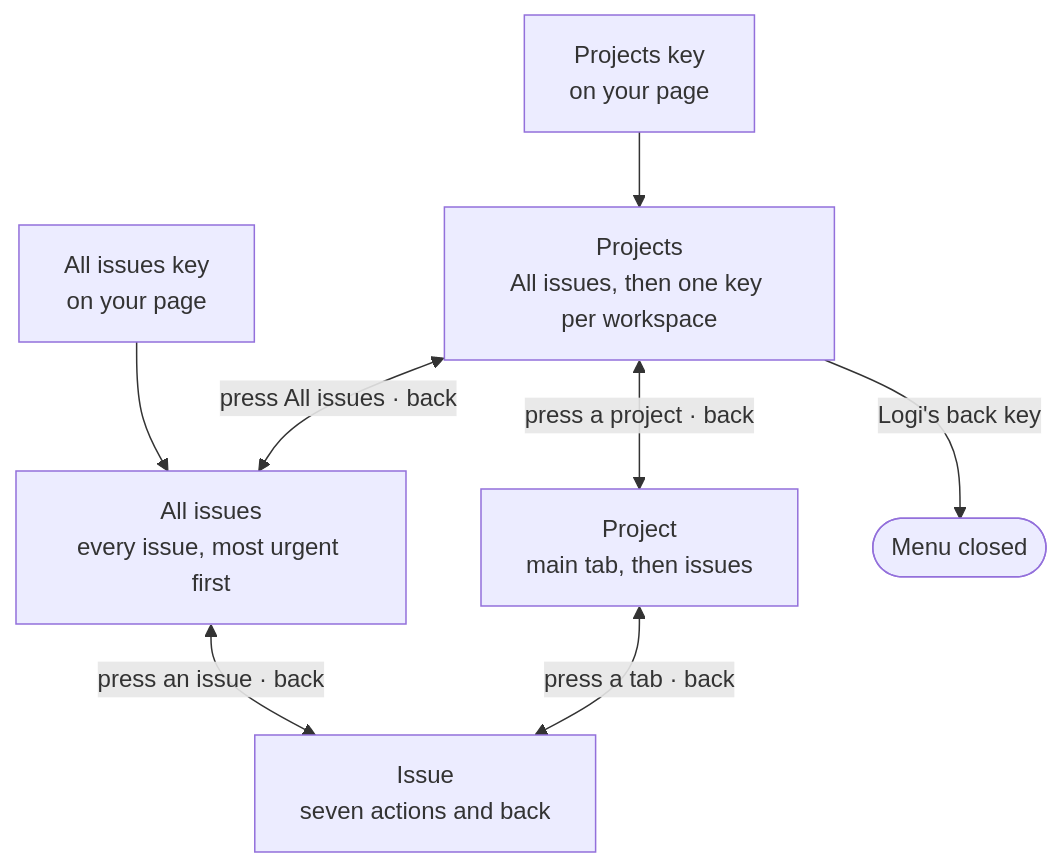
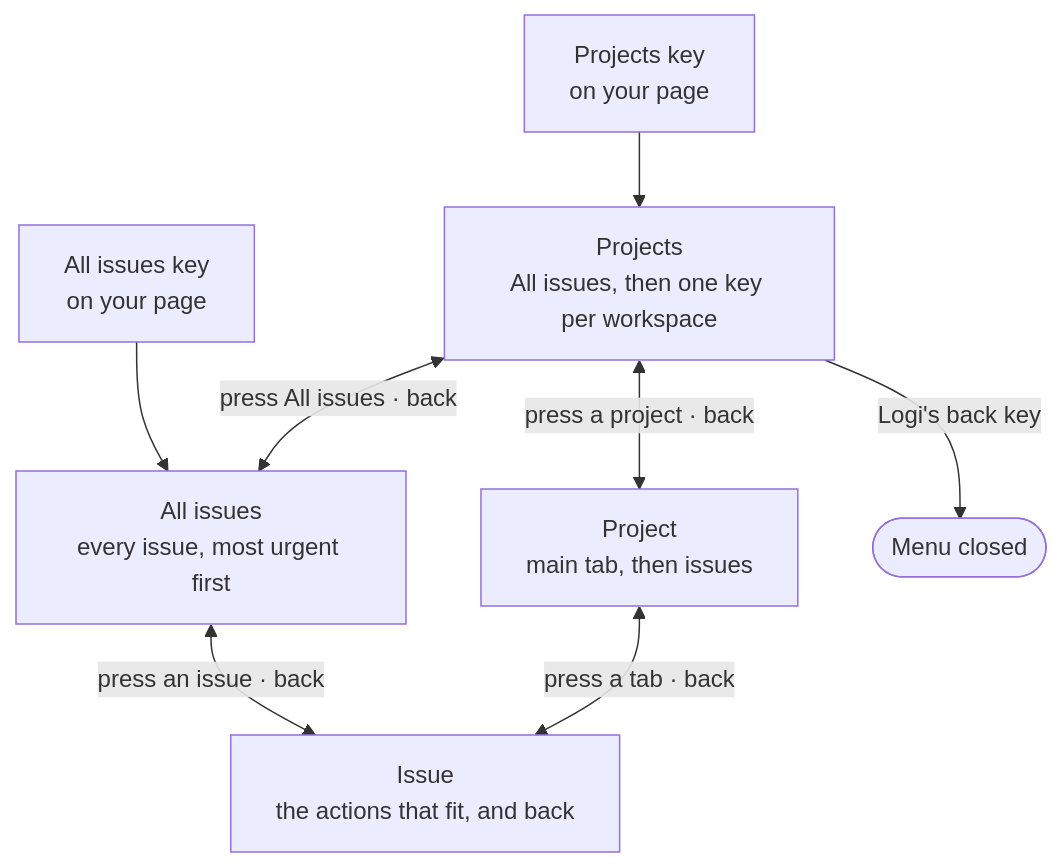
Before and after one commit to PieterLuypaert/helm: the first of 6 diagrams in docs/flows.md, drawn with Mermaid. The commit also changed other lines of this file and 7 other files, not shown here.

Commit message:
docs: one icon per colour and the actions that fit

````diff
--- a/docs/flows.md
+++ b/docs/flows.md
@@ -47,10 +46,10 @@
 ```mermaid
 flowchart TD
     key["Projects key<br/>on your page"] --> projects["Projects<br/>All issues, then one key per workspace"]
     allIssues["All issues key<br/>on your page"] --> overview
     projects <-->|"press All issues · back"| overview["All issues<br/>every issue, most urgent first"]
     projects <-->|"press a project · back"| project["Project<br/>main tab, then issues"]
-    overview <-->|"press an issue · back"| issue["Issue<br/>seven actions and back"]
+    overview <-->|"press an issue · back"| issue["Issue<br/>the actions that fit, and back"]
     project <-->|"press a tab · back"| issue
     projects -->|"Logi's back key"| closed(["Menu closed"])
 ```
````
